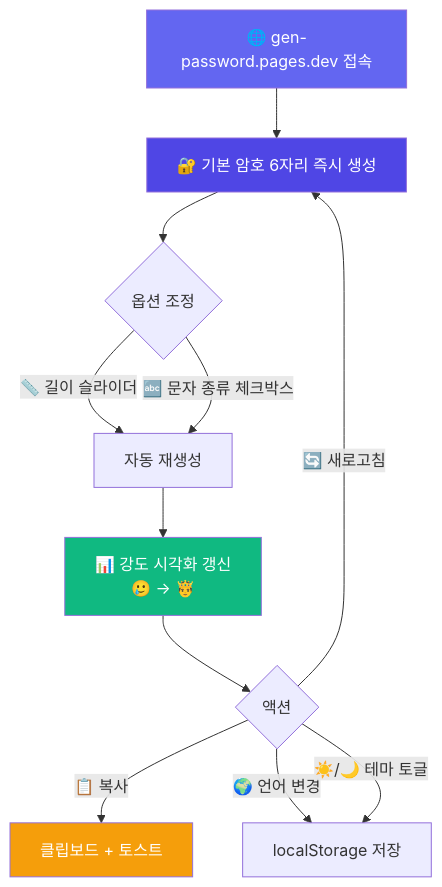
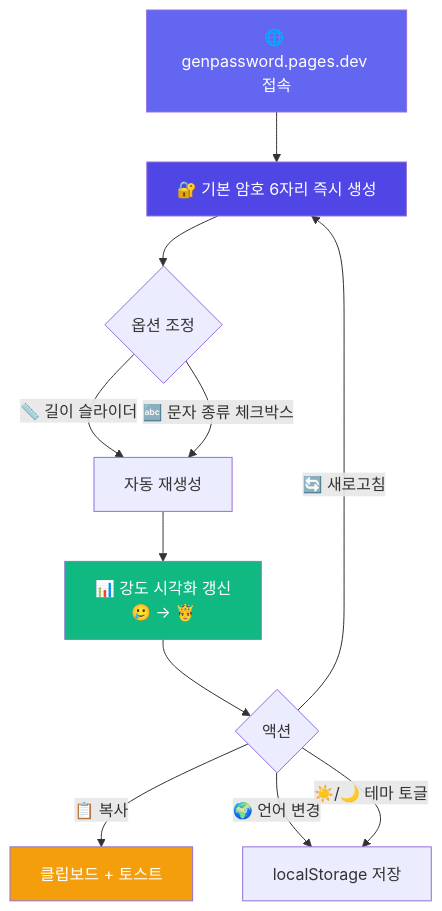
The first of 2 diagrams in gen-password/README.md (izowooi/crispy-web), drawn with Mermaid before and after one commit. The commit also changed other lines of this file and 8 other files, not shown here.

Commit message:
gen-password: 푸터에 GitHub 소스 코드 링크 추가 + README 데모 주소 genpassword.pages.dev로 갱신

````diff
--- a/gen-password/README.md
+++ b/gen-password/README.md
@@ -51,18 +51,18 @@
 ```mermaid
 graph TD
-    A[🌐 gen-password.pages.dev 접속] --> B[🔐 기본 암호 6자리 즉시 생성]
+    A[🌐 genpassword.pages.dev 접속] --> B[🔐 기본 암호 6자리 즉시 생성]
     B --> C{옵션 조정}
     C -->|📏 길이 슬라이더| D[자동 재생성]
     C -->|🔤 문자 종류 체크박스| D
     D --> E[📊 강도 시각화 갱신<br/>🥲 → 🤴]
     E --> F{액션}
     F -->|📋 복사| G[클립보드 + 토스트]
     F -->|🔄 새로고침| B
     F -->|🌍 언어 변경| H[localStorage 저장]
     F -->|☀️/🌙 테마 토글| H
 
     style A fill:#6366f1,color:#fff
     style B fill:#4f46e5,color:#fff
     style E fill:#10b981,color:#fff
     style G fill:#f59e0b,color:#fff
 ```
````
